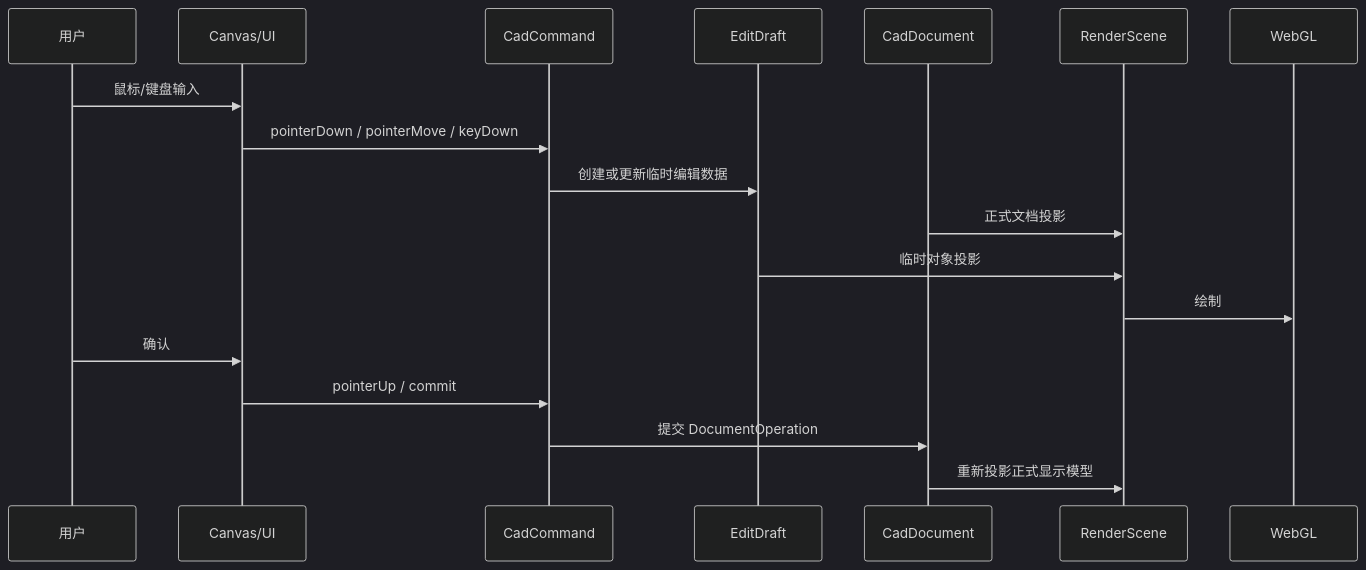
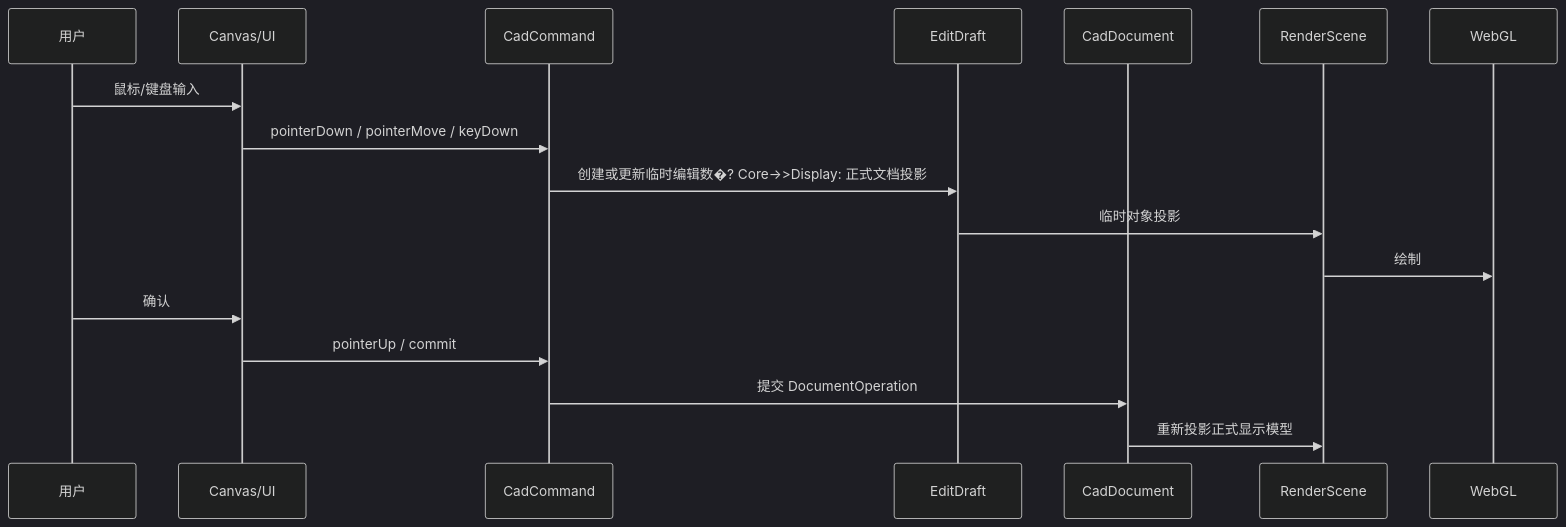
Before and after one commit to genewanggang-sudo/occt-draw-web: the third of 3 diagrams in docs/架构设计.md, drawn with Mermaid (dark theme). The commit also changed other lines of this file and 21 other files, not shown here.

````diff
--- a/docs/架构设计.md
+++ b/docs/架构设计.md
@@ -123,22 +101,21 @@
 ```mermaid
 sequenceDiagram
     participant User as 用户
     participant Canvas as Canvas/UI
     participant Command as CadCommand
     participant Draft as EditDraft
     participant Core as CadDocument
     participant Display as RenderScene
     participant WebGL as WebGL
 
     User->>Canvas: 鼠标/键盘输入
     Canvas->>Command: pointerDown / pointerMove / keyDown
-    Command->>Draft: 创建或更新临时编辑数据
-    Core->>Display: 正式文档投影
+    Command->>Draft: 创建或更新临时编辑数�?    Core->>Display: 正式文档投影
     Draft->>Display: 临时对象投影
     Display->>WebGL: 绘制
 
     User->>Canvas: 确认
     Canvas->>Command: pointerUp / commit
     Command->>Core: 提交 DocumentOperation
     Core->>Display: 重新投影正式显示模型
 ```
````
